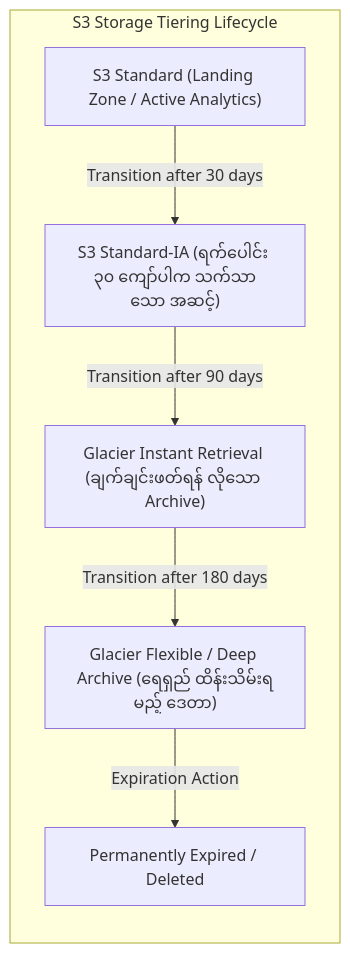
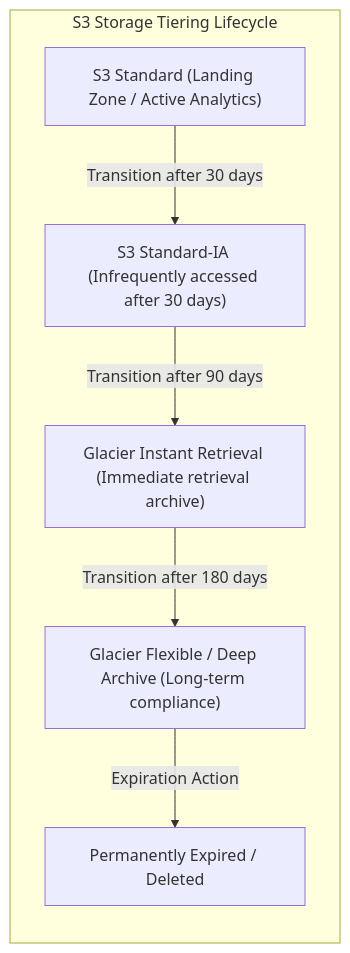
The first of 2 diagrams in content/mm/02-services/storage/s3/s3-lifecycle-rules.md (Wathon/aws-dea-c01-note), drawn with Mermaid before and after one commit. The commit also changed other lines of this file and 41 other files, not shown here.

````diff
--- a/content/mm/02-services/storage/s3/s3-lifecycle-rules.md
+++ b/content/mm/02-services/storage/s3/s3-lifecycle-rules.md
@@ -29,15 +33,15 @@
 ```mermaid
 graph LR
     subgraph Tiering["S3 Storage Tiering Lifecycle"]
         Std["S3 Standard (Landing Zone / Active Analytics)"]
-        IA["S3 Standard-IA (ရက်ပေါင်း ၃၀ ကျော်ပါက သက်သာသော အဆင့်)"]
-        GIR["Glacier Instant Retrieval (ချက်ချင်းဖတ်ရန် လိုသော Archive)"]
-        GFR["Glacier Flexible / Deep Archive (ရေရှည် ထိန်းသိမ်းရမည့် ဒေတာ)"]
+        IA["S3 Standard-IA (Infrequently accessed after 30 days)"]
+        GIR["Glacier Instant Retrieval (Immediate retrieval archive)"]
+        GFR["Glacier Flexible / Deep Archive (Long-term compliance)"]
         Delete["Permanently Expired / Deleted"]
     end
 
     Std -->|Transition after 30 days| IA
     IA -->|Transition after 90 days| GIR
     GIR -->|Transition after 180 days| GFR
     GFR -->|Expiration Action| Delete
 ```
````
